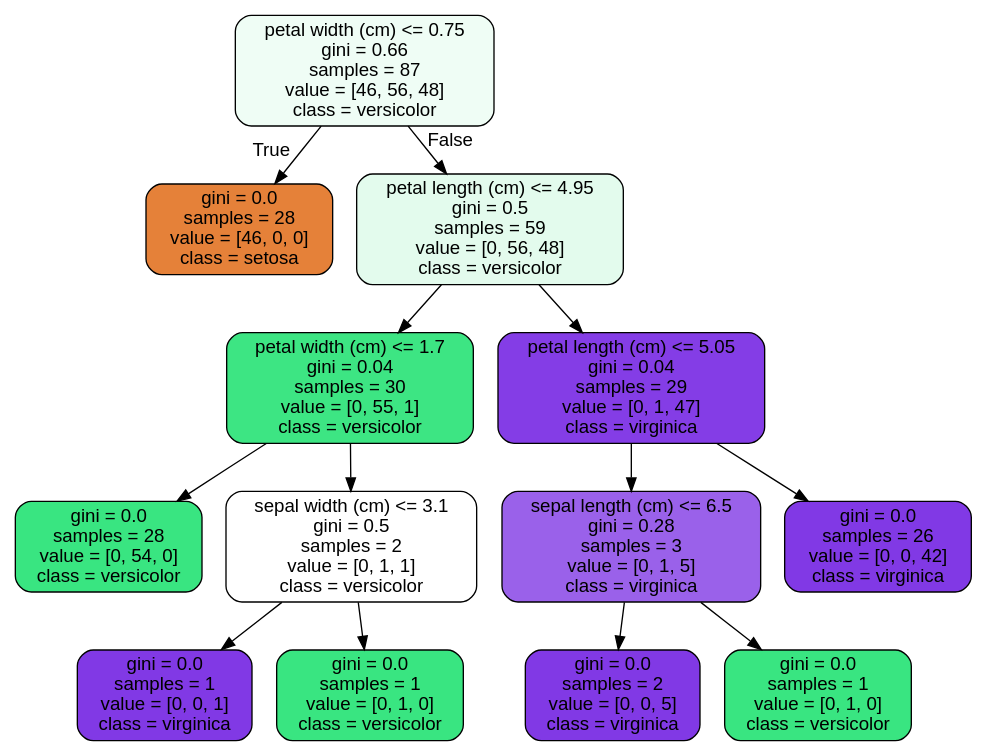
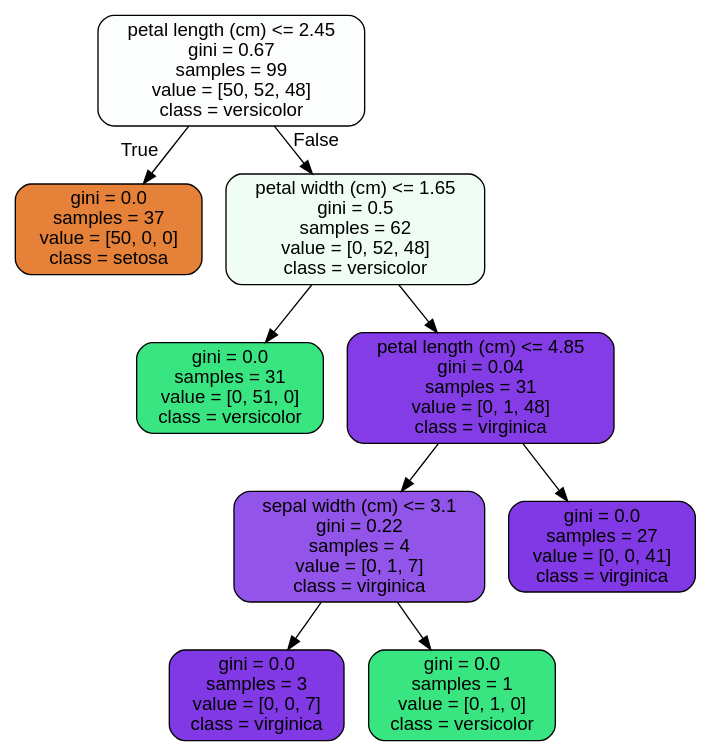
Before and after one commit to KalenWillits/RandomForest: the diagram in tree.dot, drawn with Graphviz. The commit also changed 4 other files, not shown here.

```diff
--- a/tree.dot
+++ b/tree.dot
@@ -1,29 +1,21 @@
 digraph Tree {
 node [shape=box, style="filled, rounded", color="black", fontname=helvetica] ;
 edge [fontname=helvetica] ;
-0 [label="petal width (cm) <= 0.75\ngini = 0.66\nsamples = 87\nvalue = [46, 56, 48]\nclass = versicolor", fillcolor="#effdf5"] ;
-1 [label="gini = 0.0\nsamples = 28\nvalue = [46, 0, 0]\nclass = setosa", fillcolor="#e58139"] ;
+0 [label="petal length (cm) <= 2.45\ngini = 0.67\nsamples = 99\nvalue = [50, 52, 48]\nclass = versicolor", fillcolor="#fbfefc"] ;
+1 [label="gini = 0.0\nsamples = 37\nvalue = [50, 0, 0]\nclass = setosa", fillcolor="#e58139"] ;
 0 -> 1 [labeldistance=2.5, labelangle=45, headlabel="True"] ;
-2 [label="petal length (cm) <= 4.95\ngini = 0.5\nsamples = 59\nvalue = [0, 56, 48]\nclass = versicolor", fillcolor="#e3fbed"] ;
+2 [label="petal width (cm) <= 1.65\ngini = 0.5\nsamples = 62\nvalue = [0, 52, 48]\nclass = versicolor", fillcolor="#f0fdf5"] ;
 0 -> 2 [labeldistance=2.5, labelangle=-45, headlabel="False"] ;
-3 [label="petal width (cm) <= 1.7\ngini = 0.04\nsamples = 30\nvalue = [0, 55, 1]\nclass = versicolor", fillcolor="#3de583"] ;
+3 [label="gini = 0.0\nsamples = 31\nvalue = [0, 51, 0]\nclass = versicolor", fillcolor="#39e581"] ;
 2 -> 3 ;
-4 [label="gini = 0.0\nsamples = 28\nvalue = [0, 54, 0]\nclass = versicolor", fillcolor="#39e581"] ;
-3 -> 4 ;
-5 [label="sepal width (cm) <= 3.1\ngini = 0.5\nsamples = 2\nvalue = [0, 1, 1]\nclass = versicolor", fillcolor="#ffffff"] ;
-3 -> 5 ;
-6 [label="gini = 0.0\nsamples = 1\nvalue = [0, 0, 1]\nclass = virginica", fillcolor="#8139e5"] ;
+4 [label="petal length (cm) <= 4.85\ngini = 0.04\nsamples = 31\nvalue = [0, 1, 48]\nclass = virginica", fillcolor="#843de6"] ;
+2 -> 4 ;
+5 [label="sepal width (cm) <= 3.1\ngini = 0.22\nsamples = 4\nvalue = [0, 1, 7]\nclass = virginica", fillcolor="#9355e9"] ;
+4 -> 5 ;
+6 [label="gini = 0.0\nsamples = 3\nvalue = [0, 0, 7]\nclass = virginica", fillcolor="#8139e5"] ;
 5 -> 6 ;
 7 [label="gini = 0.0\nsamples = 1\nvalue = [0, 1, 0]\nclass = versicolor", fillcolor="#39e581"] ;
 5 -> 7 ;
-8 [label="petal length (cm) <= 5.05\ngini = 0.04\nsamples = 29\nvalue = [0, 1, 47]\nclass = virginica", fillcolor="#843de6"] ;
-2 -> 8 ;
-9 [label="sepal length (cm) <= 6.5\ngini = 0.28\nsamples = 3\nvalue = [0, 1, 5]\nclass = virginica", fillcolor="#9a61ea"] ;
-8 -> 9 ;
-10 [label="gini = 0.0\nsamples = 2\nvalue = [0, 0, 5]\nclass = virginica", fillcolor="#8139e5"] ;
-9 -> 10 ;
-11 [label="gini = 0.0\nsamples = 1\nvalue = [0, 1, 0]\nclass = versicolor", fillcolor="#39e581"] ;
-9 -> 11 ;
-12 [label="gini = 0.0\nsamples = 26\nvalue = [0, 0, 42]\nclass = virginica", fillcolor="#8139e5"] ;
-8 -> 12 ;
+8 [label="gini = 0.0\nsamples = 27\nvalue = [0, 0, 41]\nclass = virginica", fillcolor="#8139e5"] ;
+4 -> 8 ;
 }
```
